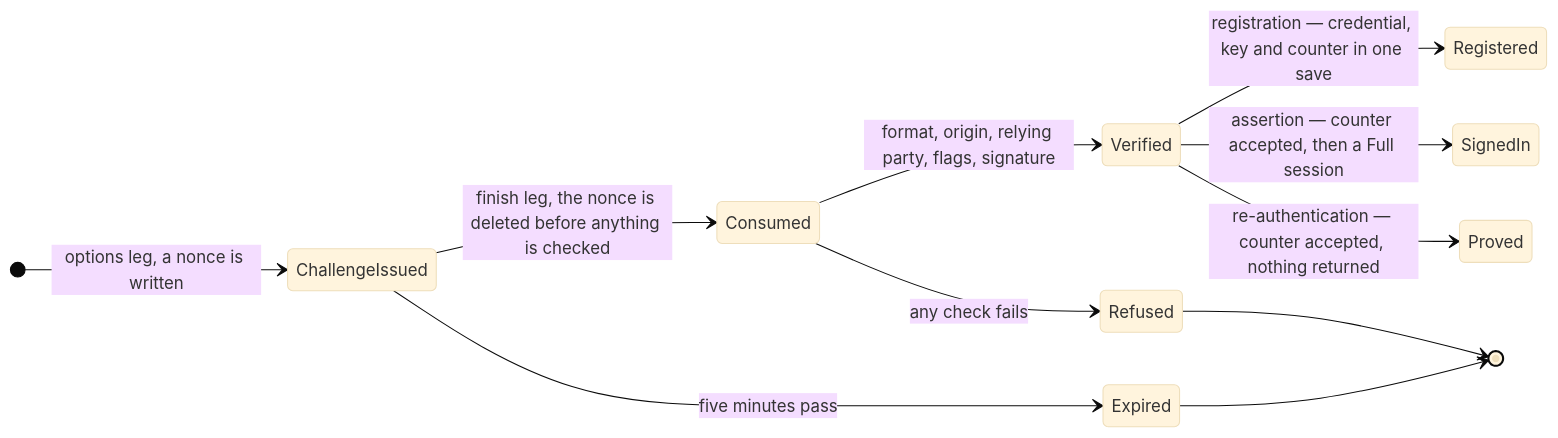
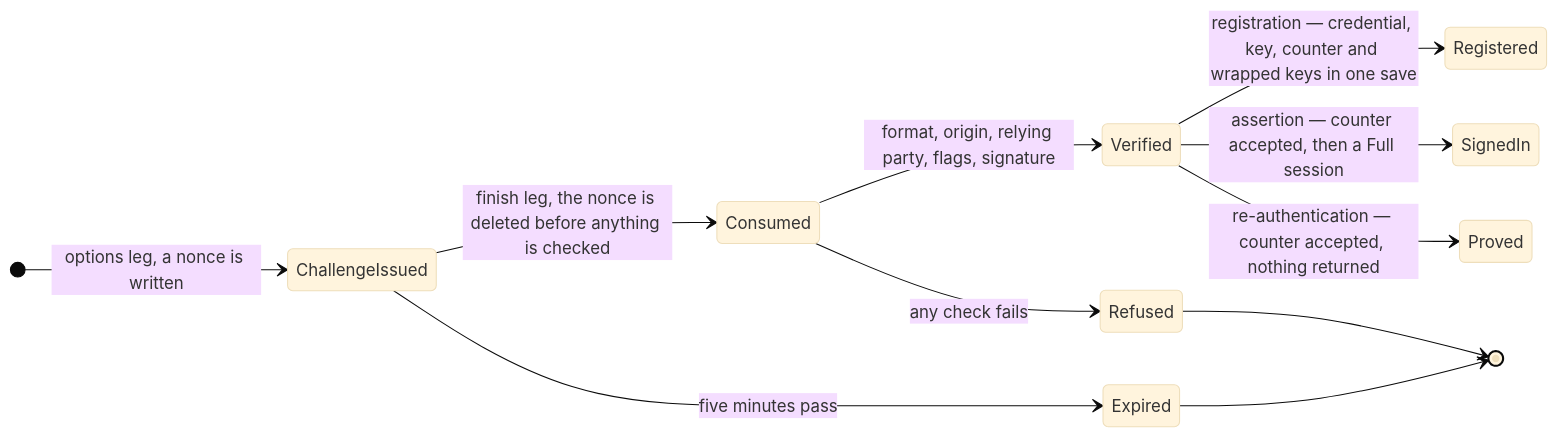
The second of 2 diagrams in docs/business-logic/passkeys.md (anton-kochev/budgetoid), drawn with Mermaid (base theme) before and after one commit. The commit also changed other lines of this file and 40 other files, not shown here.

````diff
--- a/docs/business-logic/passkeys.md
+++ b/docs/business-logic/passkeys.md
@@ -403,14 +440,14 @@
 ```mermaid
 stateDiagram-v2
     direction LR
     [*] --> ChallengeIssued : options leg, a nonce is written
     ChallengeIssued --> Consumed : finish leg, the nonce is deleted before anything is checked
     Consumed --> Verified : format, origin, relying party, flags, signature
-    Verified --> Registered : registration — credential, key and counter in one save
+    Verified --> Registered : registration — credential, key, counter and wrapped keys in one save
     Verified --> SignedIn : assertion — counter accepted, then a Full session
     Verified --> Proved : re-authentication — counter accepted, nothing returned
     Consumed --> Refused : any check fails
     ChallengeIssued --> Expired : five minutes pass
     Refused --> [*]
     Expired --> [*]
 ```
````
